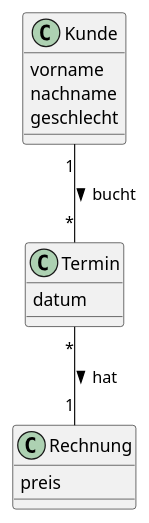
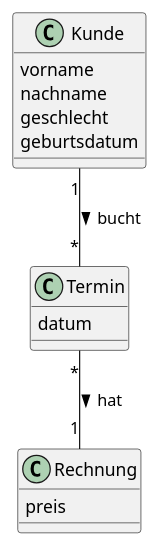
The diagram in asciidocs/asciidocs/plantuml/BarberShop.puml (2223-4bhitm-sew/01-microproject-GoldmannPascal), drawn with PlantUML before and after one commit.

Commit message:
update cld

```diff
--- a/asciidocs/asciidocs/plantuml/BarberShop.puml
+++ b/asciidocs/asciidocs/plantuml/BarberShop.puml
@@ -1,27 +1,28 @@
 @startuml
 
 top to bottom direction
 
 
 class Rechnung {
     preis
 }
 
 class Kunde {
     vorname
     nachname
     geschlecht
+    geburtsdatum
 }
 
 class Termin {
     datum
 }
 
 
 Kunde "1"--"*" Termin : bucht >
 Termin "*"--"1" Rechnung : hat >
 
 
 
 
 @enduml
```
